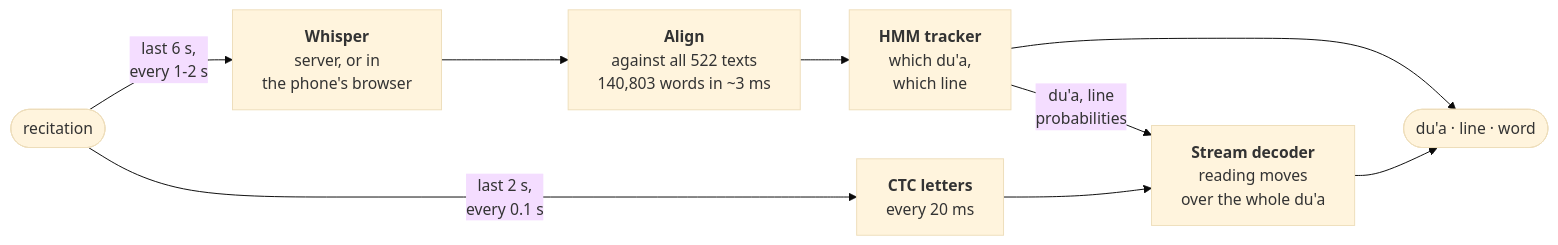
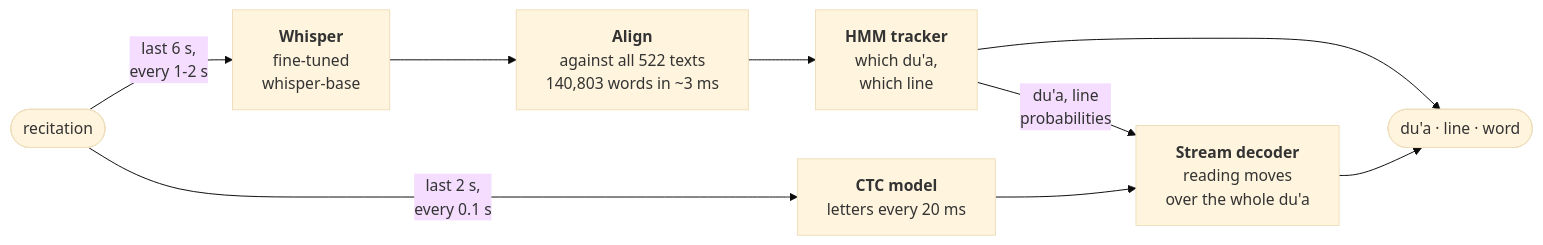
Before and after one commit to Hasan-Mehdi/dua-recognition: the diagram in README.md, drawn with Mermaid (base theme). The commit also changed other lines of this file, not shown here.

````diff
--- a/README.md
+++ b/README.md
@@ -93,11 +84,11 @@
 ```mermaid
 flowchart LR
-    A(["recitation"]) -- "last 6 s,<br/>every 1-2 s" --> B["<b>Whisper</b><br/>server, or in<br/>the phone's browser"]
+    A(["recitation"]) -- "last 6 s,<br/>every 1-2 s" --> B["<b>Whisper</b><br/>fine-tuned<br/>whisper-base"]
     B --> C["<b>Align</b><br/>against all 522 texts<br/>140,803 words in ~3 ms"]
     C --> D["<b>HMM tracker</b><br/>which du'a,<br/>which line"]
     D --> E(["du'a · line · word"])
-    A -- "last 2 s,<br/>every 0.1 s" --> F["<b>CTC letters</b><br/>every 20 ms"]
+    A -- "last 2 s,<br/>every 0.1 s" --> F["<b>CTC model</b><br/>letters every 20 ms"]
     F --> G["<b>Stream decoder</b><br/>reading moves<br/>over the whole du'a"]
     D -- "du'a, line<br/>probabilities" --> G
     G --> E
 ```
````
